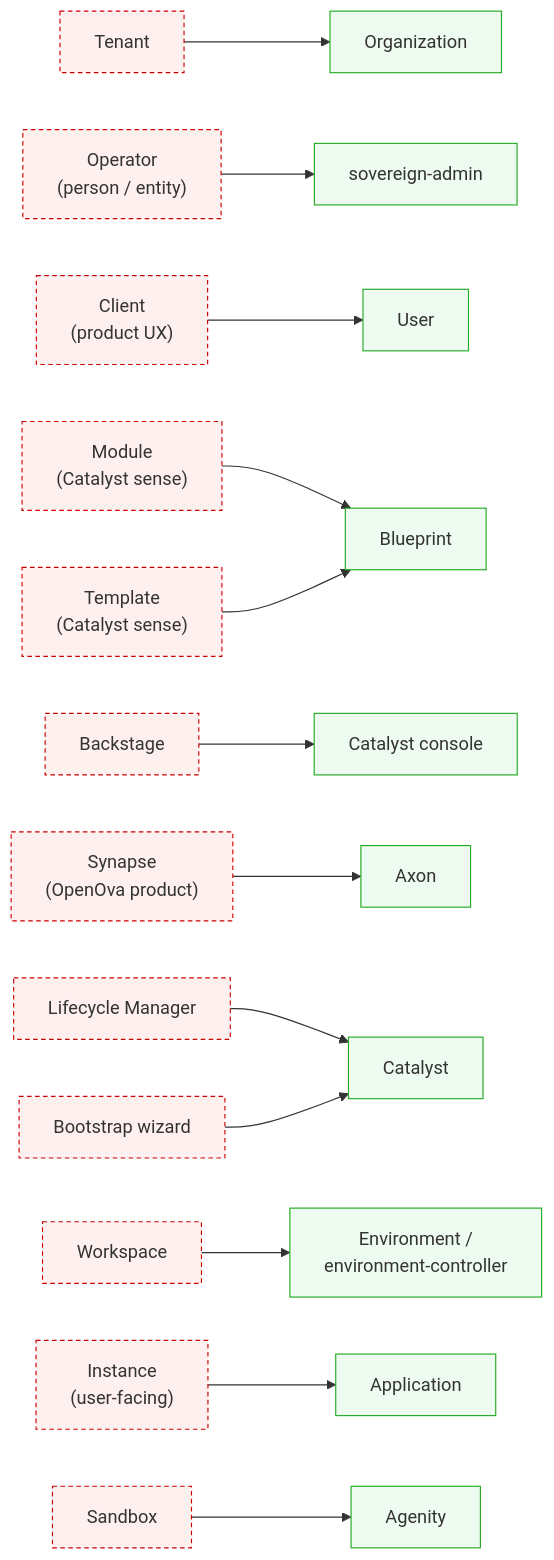
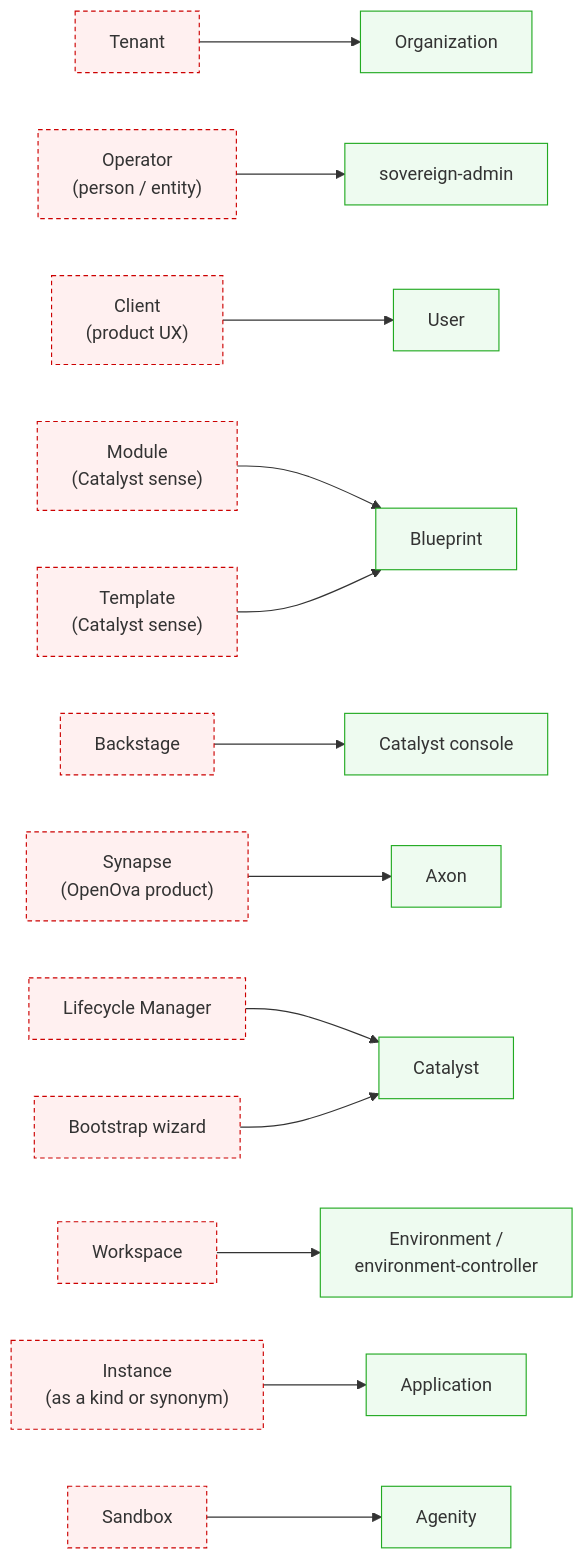
Before and after one commit to openova-io/openova: the third of 3 diagrams in docs/GLOSSARY.md, drawn with Mermaid. The commit also changed other lines of this file and 3 other files, not shown here.

````diff
--- a/docs/GLOSSARY.md
+++ b/docs/GLOSSARY.md
@@ -158,17 +165,17 @@
 ```mermaid
 graph LR
   classDef banned fill:#fff0f0,stroke:#c00,stroke-dasharray:4 3;
   classDef ok fill:#eefbf0,stroke:#2a2;
   T["Tenant"]:::banned --> ORG["Organization"]:::ok
   OP["Operator<br/>(person / entity)"]:::banned --> SADM["sovereign-admin"]:::ok
   CL["Client<br/>(product UX)"]:::banned --> USR["User"]:::ok
   MOD["Module<br/>(Catalyst sense)"]:::banned --> BP["Blueprint"]:::ok
   TMPL["Template<br/>(Catalyst sense)"]:::banned --> BP
   BS["Backstage"]:::banned --> CONS["Catalyst console"]:::ok
   SYN["Synapse<br/>(OpenOva product)"]:::banned --> AXON["Axon"]:::ok
   LM["Lifecycle Manager"]:::banned --> CAT["Catalyst"]:::ok
   BW["Bootstrap wizard"]:::banned --> CAT
   WS["Workspace"]:::banned --> ENVC["Environment /<br/>environment-controller"]:::ok
-  INST["Instance<br/>(user-facing)"]:::banned --> APP["Application"]:::ok
+  INST["Instance<br/>(as a kind or synonym)"]:::banned --> APP["Application"]:::ok
   SBX["Sandbox"]:::banned --> AGEN["Agenity"]:::ok
 ```
````
